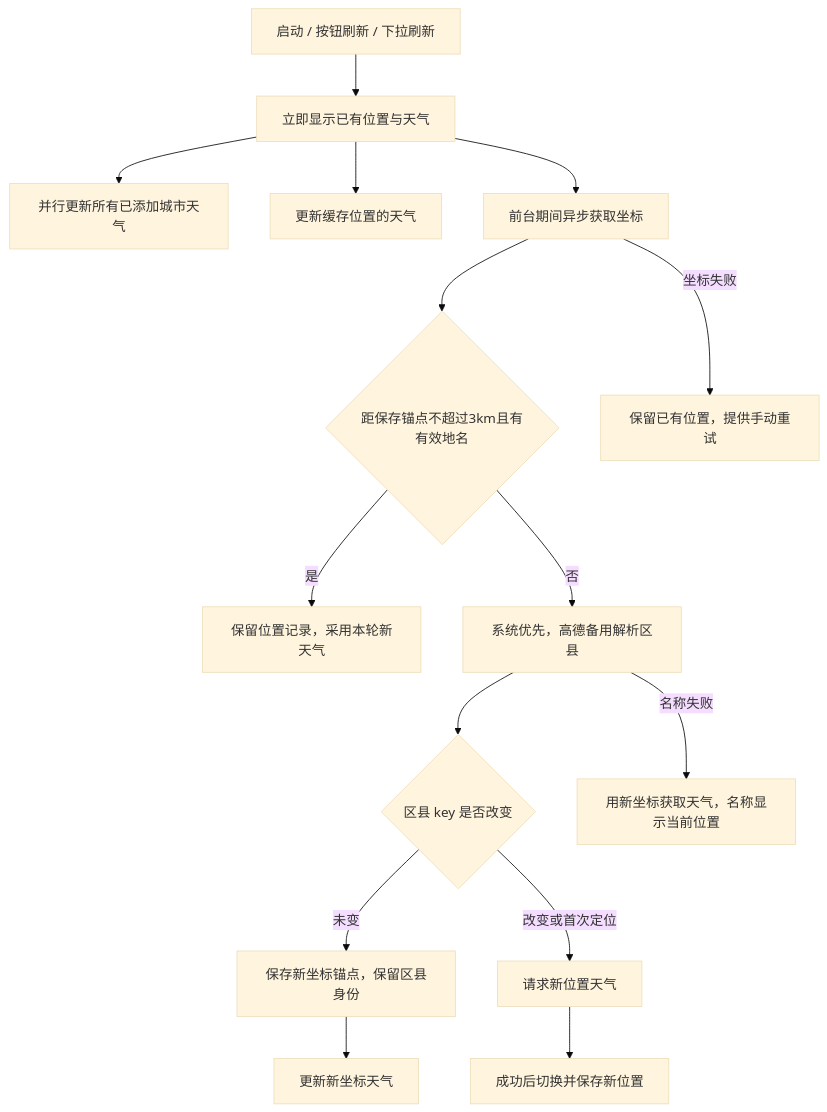
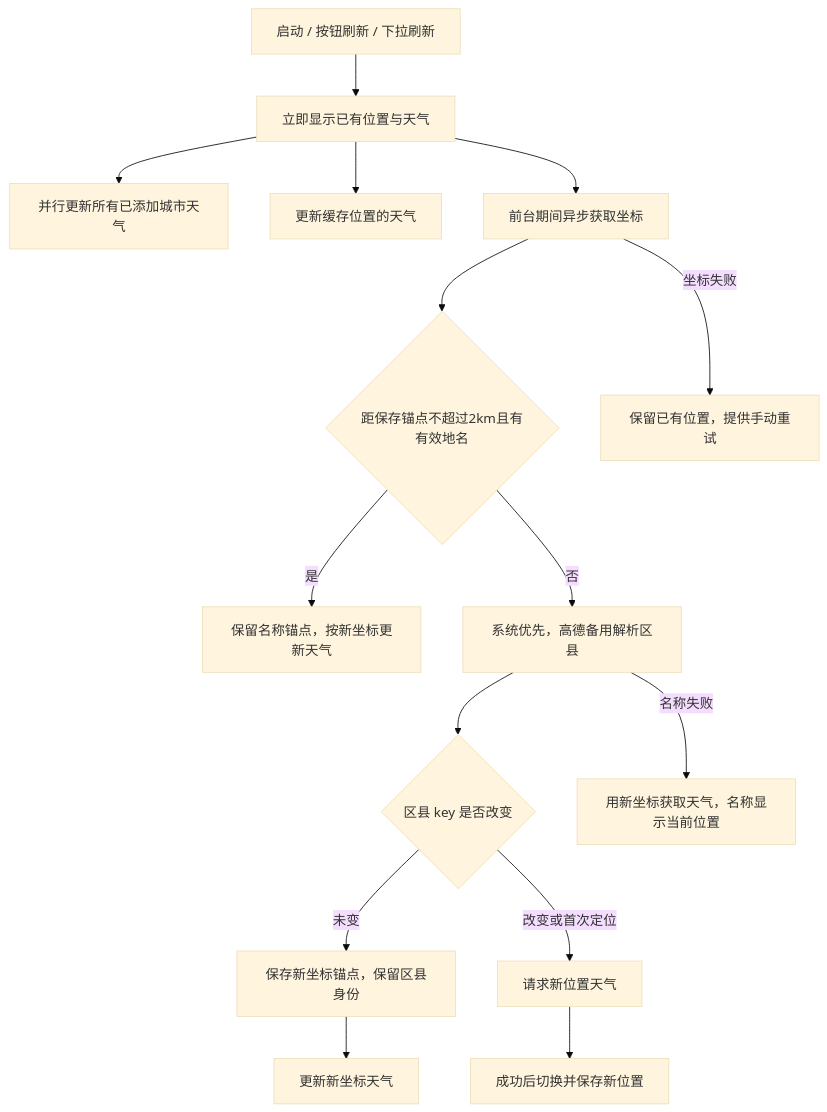
One commit to liu-gongjie/TravelWeather changed the second of 2 diagrams in docs/DESIGN.md. Above: the diagram before and after it, drawn with Mermaid (base theme). The commit also changed other lines of this file and 6 other files, not shown here.

````diff
--- a/docs/DESIGN.md
+++ b/docs/DESIGN.md
@@ -136,17 +136,17 @@
 ```mermaid
 flowchart TD
     A[启动 / 按钮刷新 / 下拉刷新] --> B[立即显示已有位置与天气]
     B --> C[并行更新所有已添加城市天气]
     B --> D[更新缓存位置的天气]
     B --> E[前台期间异步获取坐标]
-    E --> R{距保存锚点不超过3km且有有效地名}
-    R -->|是| G[保留位置记录，采用本轮新天气]
+    E --> R{距保存锚点不超过2km且有有效地名}
+    R -->|是| G[保留名称锚点，按新坐标更新天气]
     R -->|否| S[系统优先，高德备用解析区县]
     S --> F{区县 key 是否改变}
     F -->|未变| U[保存新坐标锚点，保留区县身份]
     U --> V[更新新坐标天气]
     F -->|改变或首次定位| H[请求新位置天气]
     H --> I[成功后切换并保存新位置]
     E -->|坐标失败| J[保留已有位置，提供手动重试]
     S -->|名称失败| T[用新坐标获取天气，名称显示当前位置]
 ```
````
